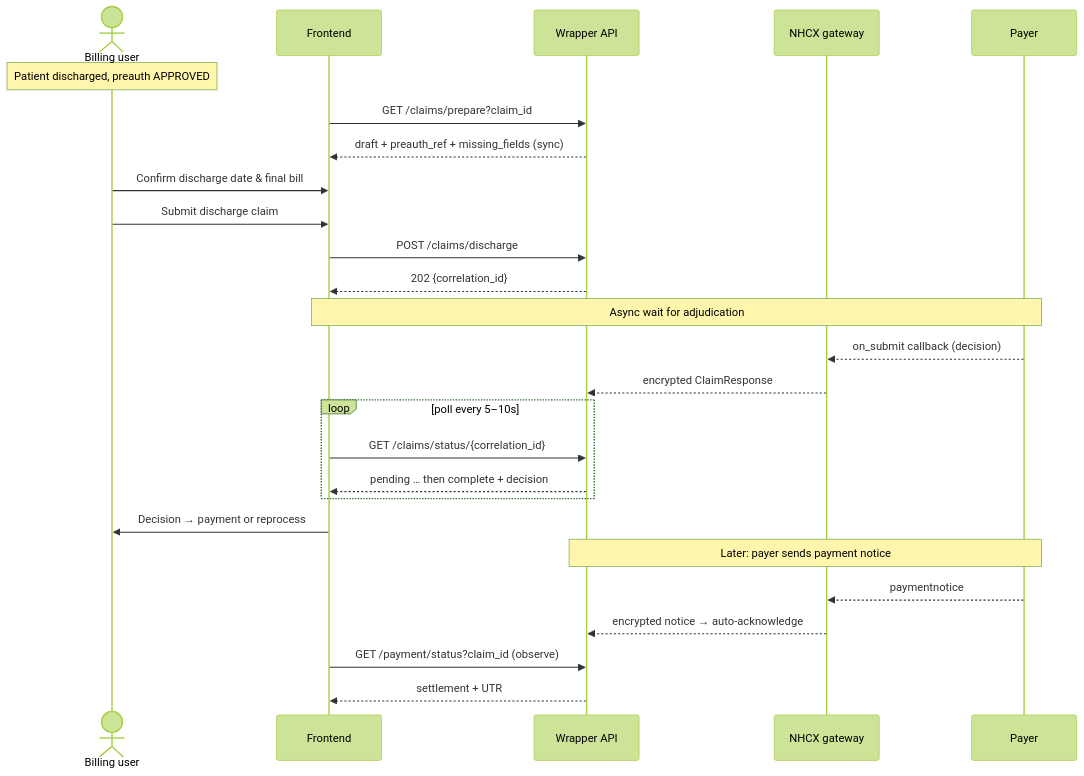
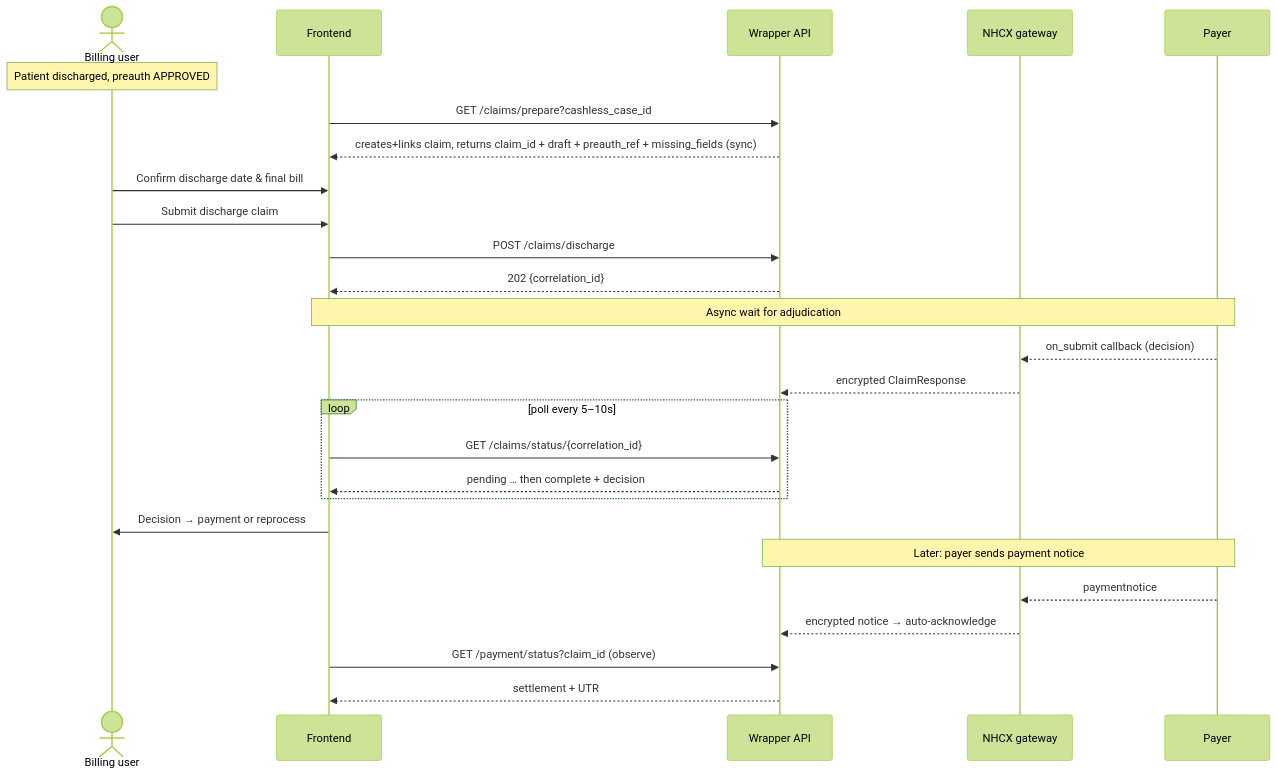
The fourth of 6 diagrams in FRONTEND_IMPLEMENTATION_README.md (lakhiwal007/nhcx_frontend), drawn with Mermaid (forest theme) before and after one commit. The commit also changed other lines of this file and 1 other file, not shown here.

Commit message:
Sync FRONTEND_API.yaml and implementation guide from backend

````diff
--- a/FRONTEND_IMPLEMENTATION_README.md
+++ b/FRONTEND_IMPLEMENTATION_README.md
@@ -419,28 +435,28 @@
 ```mermaid
 sequenceDiagram
     actor U as Billing user
     participant FE as Frontend
     participant WR as Wrapper API
     participant NHCX as NHCX gateway
     participant PY as Payer
     Note over U: Patient discharged, preauth APPROVED
-    FE->>WR: GET /claims/prepare?claim_id
-    WR-->>FE: draft + preauth_ref + missing_fields (sync)
+    FE->>WR: GET /claims/prepare?cashless_case_id
+    WR-->>FE: creates+links claim, returns claim_id + draft + preauth_ref + missing_fields (sync)
     U->>FE: Confirm discharge date & final bill
     U->>FE: Submit discharge claim
     FE->>WR: POST /claims/discharge
     WR-->>FE: 202 {correlation_id}
     Note over FE,PY: Async wait for adjudication
     PY-->>NHCX: on_submit callback (decision)
     NHCX-->>WR: encrypted ClaimResponse
     loop poll every 5–10s
         FE->>WR: GET /claims/status/{correlation_id}
         WR-->>FE: pending … then complete + decision
     end
     FE->>U: Decision → payment or reprocess
     Note over PY,WR: Later: payer sends payment notice
     PY-->>NHCX: paymentnotice
     NHCX-->>WR: encrypted notice → auto-acknowledge
     FE->>WR: GET /payment/status?claim_id (observe)
     WR-->>FE: settlement + UTR
 ```
````
